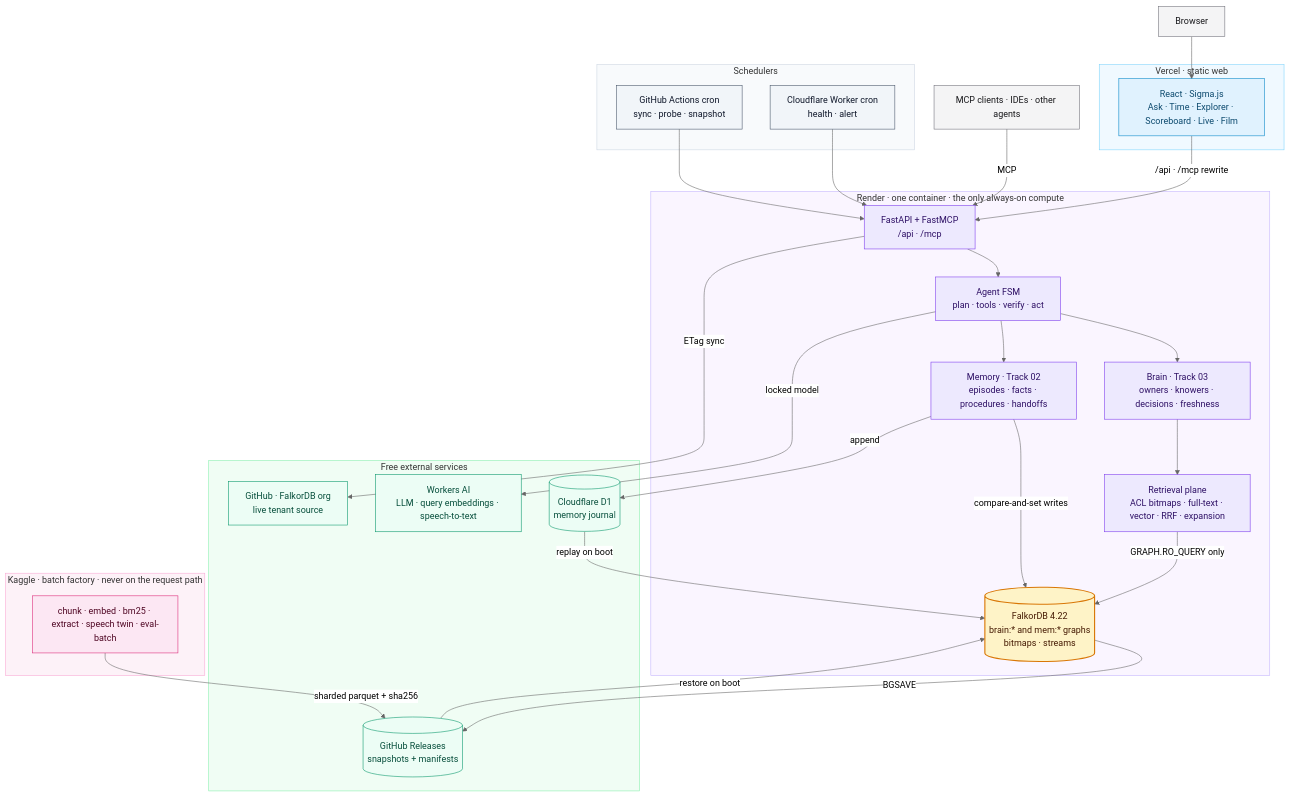
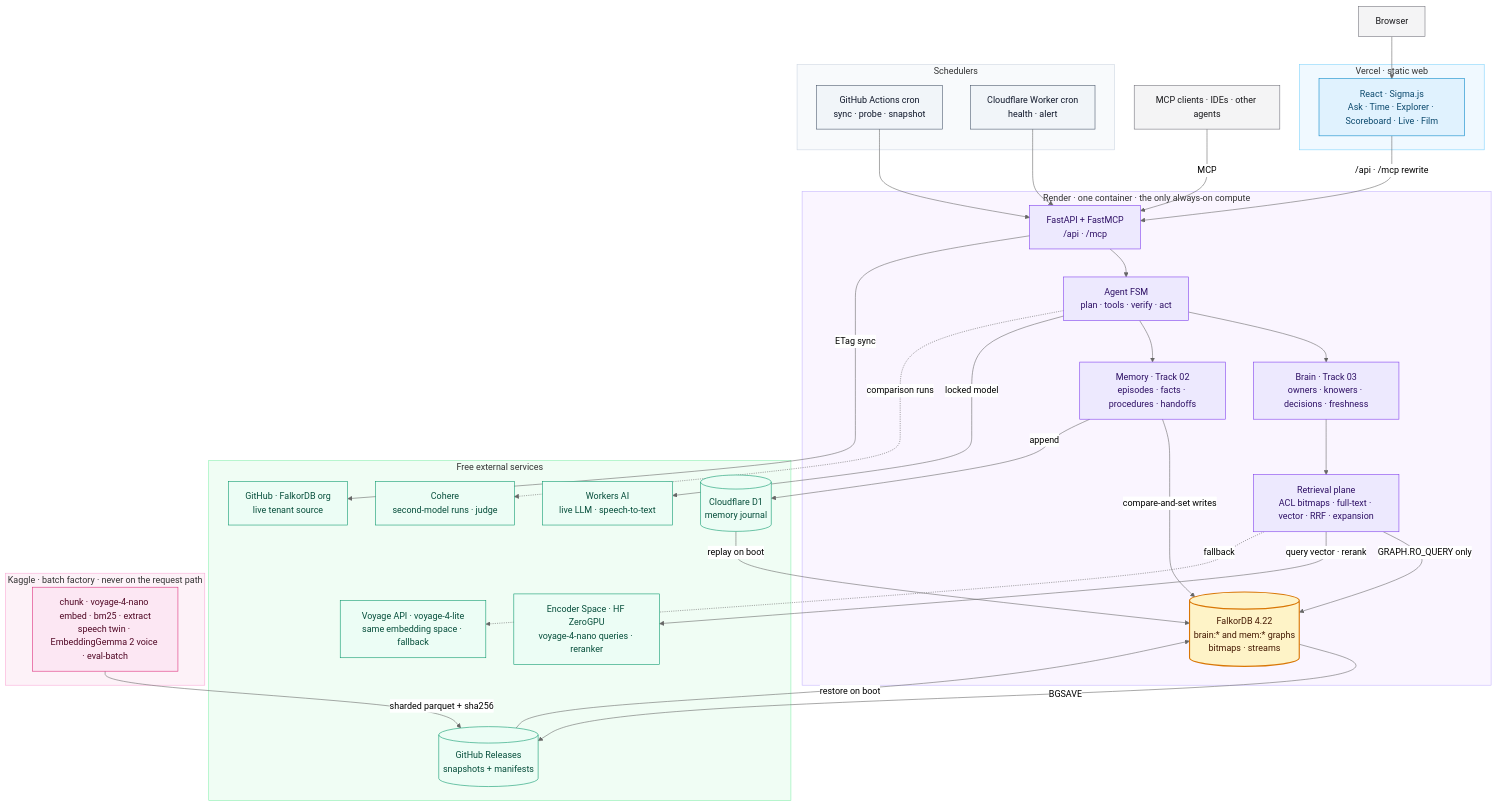
The first of 8 diagrams in PLAN_SPEC.md (simon-derock/constellation), drawn with Mermaid (neutral theme) before and after one commit. The commit also changed other lines of this file and 2 other files, not shown here.

First line of the commit message:
docs(spec): voyage-4-nano embeddings, encoder Space, reranker gate, keep-warm facts

````diff
--- a/PLAN_SPEC.md
+++ b/PLAN_SPEC.md
@@ -257,67 +257,73 @@
 ```mermaid
 flowchart TB
   U["Browser"]:::client
   MC["MCP clients · IDEs · other agents"]:::client
 
   subgraph EDGE["Vercel · static web"]
     UI["React · Sigma.js<br/>Ask · Time · Explorer · Scoreboard · Live · Film"]:::edge
   end
 
   subgraph CORE["Render · one container · the only always-on compute"]
     API["FastAPI + FastMCP<br/>/api · /mcp"]:::core
     AG["Agent FSM<br/>plan · tools · verify · act"]:::core
     BR["Brain · Track 03<br/>owners · knowers · decisions · freshness"]:::core
     MEM["Memory · Track 02<br/>episodes · facts · procedures · handoffs"]:::core
     RT["Retrieval plane<br/>ACL bitmaps · full-text · vector · RRF · expansion"]:::core
     FDB[("FalkorDB 4.22<br/>brain:* and mem:* graphs<br/>bitmaps · streams")]:::db
   end
 
   subgraph EXT["Free external services"]
-    WAI["Workers AI<br/>LLM · query embeddings · speech-to-text"]:::ext
+    WAI["Workers AI<br/>live LLM · speech-to-text"]:::ext
+    CO["Cohere<br/>second-model runs · judge"]:::ext
+    ENC["Encoder Space · HF ZeroGPU<br/>voyage-4-nano queries · reranker"]:::ext
+    VOY["Voyage API · voyage-4-lite<br/>same embedding space · fallback"]:::ext
     GH["GitHub · FalkorDB org<br/>live tenant source"]:::ext
     SNAP[("GitHub Releases<br/>snapshots + manifests")]:::store
     JRN[("Cloudflare D1<br/>memory journal")]:::store
   end
 
   subgraph BATCH["Kaggle · batch factory · never on the request path"]
-    JOBS["chunk · embed · bm25 · extract · speech twin · eval-batch"]:::batch
+    JOBS["chunk · voyage-4-nano embed · bm25 · extract<br/>speech twin · EmbeddingGemma 2 voice · eval-batch"]:::batch
   end
 
   subgraph SCHED["Schedulers"]
     GHA["GitHub Actions cron<br/>sync · probe · snapshot"]:::sched
     CFW["Cloudflare Worker cron<br/>health · alert"]:::sched
   end
 
   U --> UI
   UI -->|"/api · /mcp rewrite"| API
   MC -->|"MCP"| API
   API --> AG
   AG --> BR
   AG --> MEM
   BR --> RT
   RT -->|"GRAPH.RO_QUERY only"| FDB
   MEM -->|"compare-and-set writes"| FDB
   MEM -->|"append"| JRN
   AG -->|"locked model"| WAI
+  AG -.->|"comparison runs"| CO
+  RT -->|"query vector · rerank"| ENC
+  RT -.->|"fallback"| VOY
   API -->|"ETag sync"| GH
   JOBS -->|"sharded parquet + sha256"| SNAP
   SNAP -->|"restore on boot"| FDB
   JRN -->|"replay on boot"| FDB
   FDB -->|"BGSAVE"| SNAP
   GHA --> API
   CFW --> API
 
   classDef client fill:#f4f4f5,stroke:#71717a,color:#18181b
   classDef edge fill:#e0f2fe,stroke:#0284c7,color:#0c4a6e
   classDef core fill:#ede9fe,stroke:#7c3aed,color:#2e1065
   classDef db fill:#fef3c7,stroke:#d97706,color:#451a03,stroke-width:2px
   classDef ext fill:#ecfdf5,stroke:#059669,color:#064e3b
   classDef store fill:#ecfdf5,stroke:#059669,color:#064e3b
   classDef batch fill:#fce7f3,stroke:#db2777,color:#500724
   classDef sched fill:#f1f5f9,stroke:#475569,color:#0f172a
   style EDGE fill:#f0f9ff,stroke:#7dd3fc
   style CORE fill:#faf5ff,stroke:#c4b5fd
   style EXT fill:#f0fdf4,stroke:#86efac
   style BATCH fill:#fdf2f8,stroke:#f9a8d4
   style SCHED fill:#f8fafc,stroke:#cbd5e1
 ```
````
